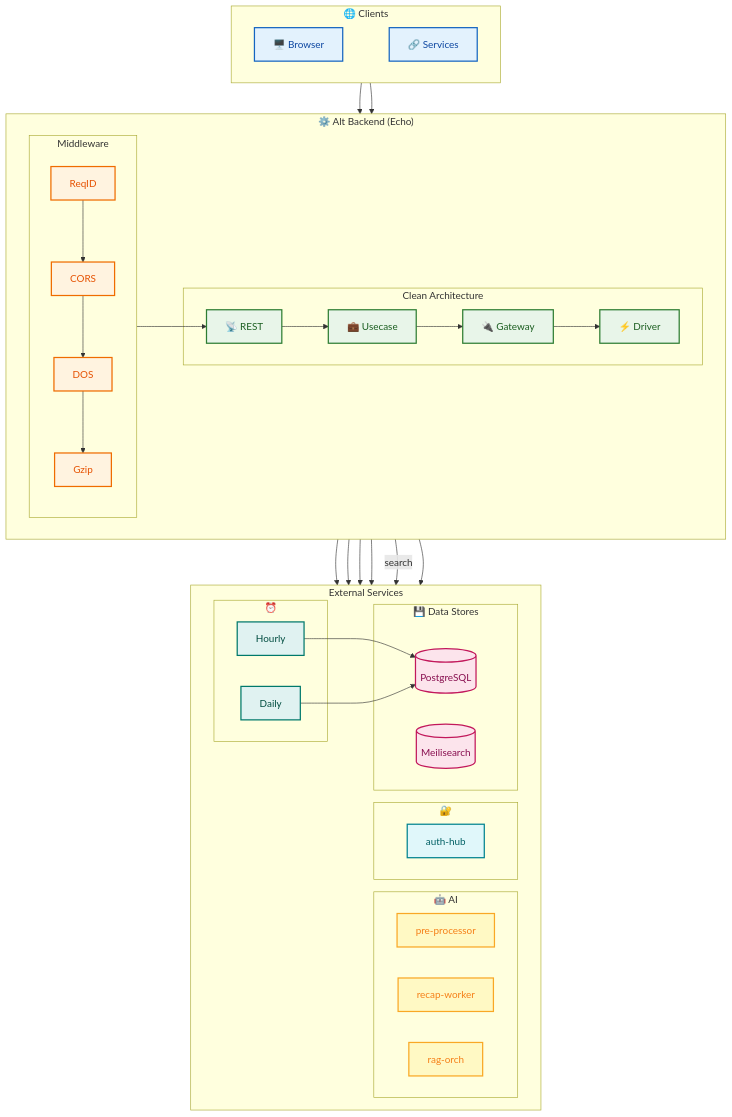
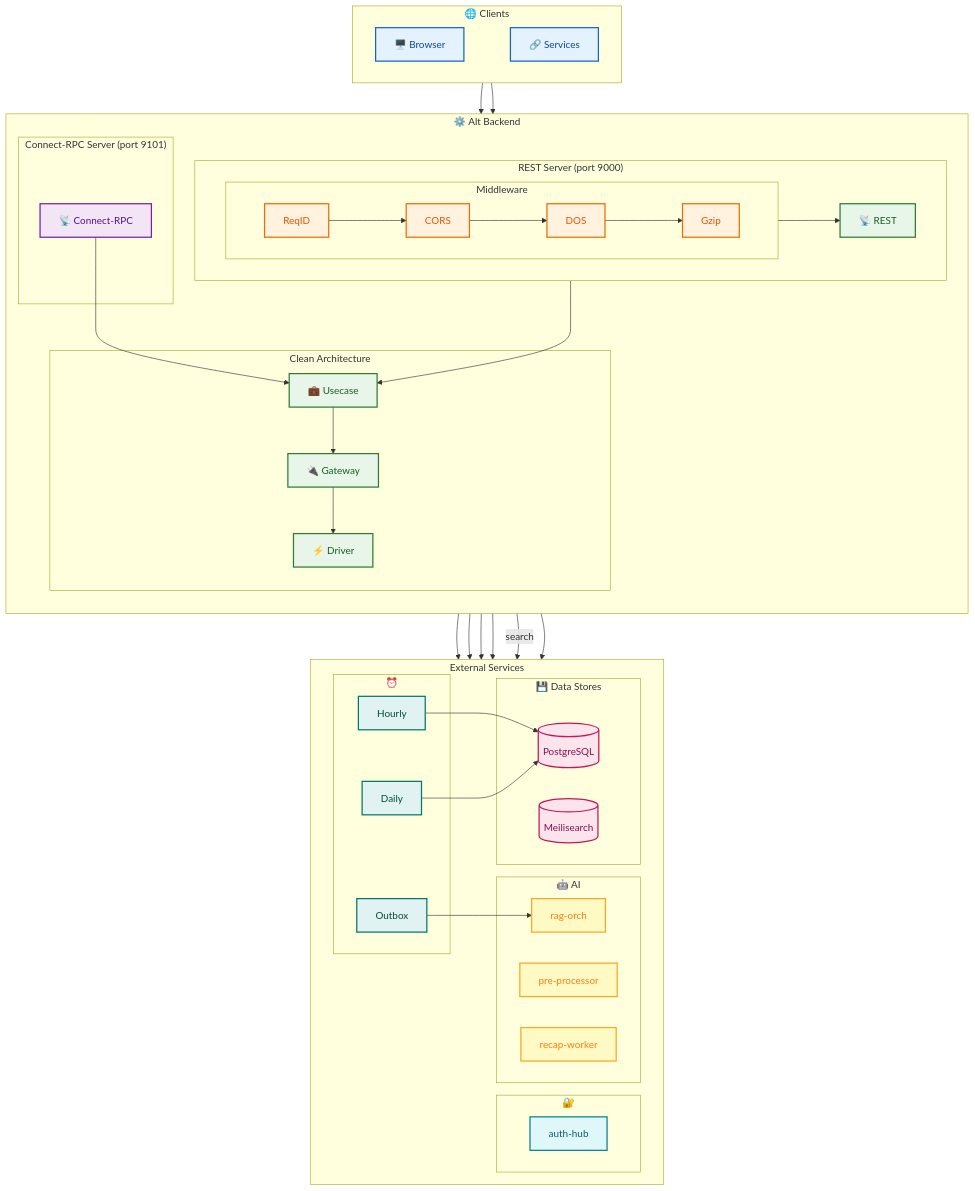
One commit to Kaikei-e/Alt changed the diagram in docs/services/alt-backend.md. Above: the diagram before and after it, drawn with Mermaid. The commit also changed other lines of this file and 11 other files, not shown here.

First line of the commit message:
docs: Update service documentation with latest reviews and architectural changes

````diff
--- a/docs/services/alt-backend.md
+++ b/docs/services/alt-backend.md
@@ -99,66 +148,81 @@
 ```mermaid
 flowchart TB
     subgraph Clients ["🌐 Clients"]
         direction LR
         Browser["🖥️ Browser"] ~~~ Services["🔗 Services"]
     end
 
-    subgraph Backend ["⚙️ Alt Backend (Echo)"]
-        direction LR
-        subgraph MW ["Middleware"]
-            M1["ReqID"] --> M2["CORS"] --> M3["DOS"] --> M4["Gzip"]
+    subgraph Backend ["⚙️ Alt Backend"]
+        direction TB
+        subgraph REST_Server ["REST Server (port 9000)"]
+            direction LR
+            subgraph MW ["Middleware"]
+                M1["ReqID"] --> M2["CORS"] --> M3["DOS"] --> M4["Gzip"]
+            end
+            REST["📡 REST"]
+        end
+
+        subgraph Connect_Server ["Connect-RPC Server (port 9101)"]
+            CRPC["📡 Connect-RPC"]
         end
 
         subgraph CA ["Clean Architecture"]
-            REST["📡 REST"] --> UC["💼 Usecase"] --> GW["🔌 Gateway"] --> DR["⚡ Driver"]
+            UC["💼 Usecase"] --> GW["🔌 Gateway"] --> DR["⚡ Driver"]
         end
     end
 
     subgraph Services_Row ["External Services"]
         direction LR
         subgraph Data ["💾 Data Stores"]
             PG[("PostgreSQL")]
             MS[("Meilisearch")]
         end
 
         subgraph AI ["🤖 AI"]
             PP["pre-processor"]
             RW["recap-worker"]
             RAG["rag-orch"]
         end
 
         subgraph Auth ["🔐"]
             AH["auth-hub"]
         end
 
         subgraph Jobs ["⏰"]
             HJ["Hourly"]
             DJ["Daily"]
+            OW["Outbox"]
         end
     end
 
     %% Connections
-    Browser & Services --> MW --> REST
+    Browser --> MW --> REST
+    Services --> CRPC
+    REST --> UC
+    CRPC --> UC
     DR --> PG
     GW --> PP & RW & RAG
     GW -->|search| MS
     REST --> AH
     HJ & DJ --> PG
+    OW --> RAG
 
     %% Styling
     classDef client fill:#e3f2fd,stroke:#1565c0,stroke-width:2px,color:#0d47a1
     classDef mw fill:#fff3e0,stroke:#ef6c00,stroke-width:2px,color:#e65100
     classDef ca fill:#e8f5e9,stroke:#2e7d32,stroke-width:2px,color:#1b5e20
     classDef data fill:#fce4ec,stroke:#c2185b,stroke-width:2px,color:#880e4f
     classDef ai fill:#fff9c4,stroke:#f9a825,stroke-width:2px,color:#f57f17
     classDef auth fill:#e0f7fa,stroke:#00838f,stroke-width:2px,color:#006064
     classDef job fill:#e0f2f1,stroke:#00796b,stroke-width:2px,color:#004d40
+    classDef connect fill:#f3e5f5,stroke:#7b1fa2,stroke-width:2px,color:#4a148c
 
     class Browser,Services client
     class M1,M2,M3,M4 mw
     class REST,UC,GW,DR ca
     class PG,MS data
     class PP,RW,RAG ai
     class AH auth
-    class HJ,DJ job
+    class HJ,DJ,OW job
+    class CRPC connect
 ```
````
